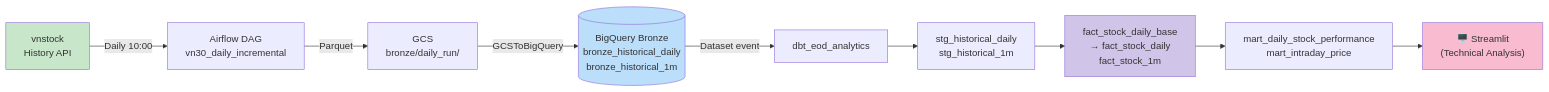
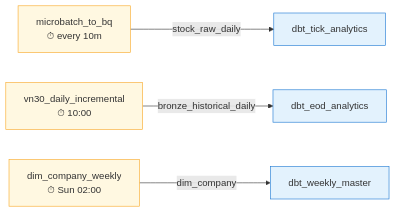
The second of 3 diagrams in README.md (khoinguyen8903/stock_pipeline), drawn with Mermaid before and after one commit. The commit also changed other lines of this file, not shown here.

````diff
--- a/README.md
+++ b/README.md
@@ -138,16 +136,13 @@
 ```mermaid
 flowchart LR
-    A["vnstock<br/>History API"] -->|Daily 10:00| B["Airflow DAG<br/>vn30_daily_incremental"]
-    B -->|Parquet| C["GCS<br/>bronze/daily_run/"]
-    C -->|GCSToBigQuery| D[("BigQuery Bronze<br/>bronze_historical_daily<br/>bronze_historical_1m")]
-    D -->|Dataset event| E["dbt_eod_analytics"]
-    E --> F["stg_historical_daily<br/>stg_historical_1m"]
-    F --> G["fact_stock_daily_base<br/>→ fact_stock_daily<br/>fact_stock_1m"]
-    G --> H["mart_daily_stock_performance<br/>mart_intraday_price"]
-    H --> I["🖥️ Streamlit<br/>(Technical Analysis)"]
+    A["microbatch_to_bq<br/>⏱ every 10m"] -- stock_raw_daily --> D["dbt_tick_analytics"]
+    B["vn30_daily_incremental<br/>⏱ 10:00"] -- bronze_historical_daily --> E["dbt_eod_analytics"]
+    C["dim_company_weekly<br/>⏱ Sun 02:00"] -- dim_company --> F["dbt_weekly_master"]
 
-    style A fill:#C8E6C9
-    style D fill:#BBDEFB
-    style G fill:#D1C4E9
-    style I fill:#F8BBD0
+    style A fill:#FFF8E1,stroke:#F9A825
+    style B fill:#FFF8E1,stroke:#F9A825
+    style C fill:#FFF8E1,stroke:#F9A825
+    style D fill:#E3F2FD,stroke:#1976D2
+    style E fill:#E3F2FD,stroke:#1976D2
+    style F fill:#E3F2FD,stroke:#1976D2
 ```
````
